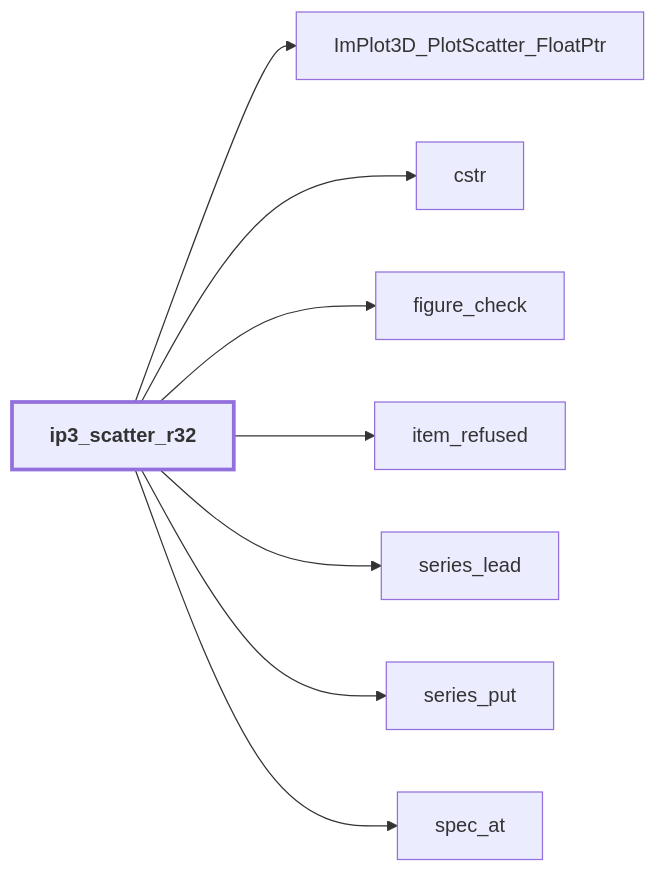
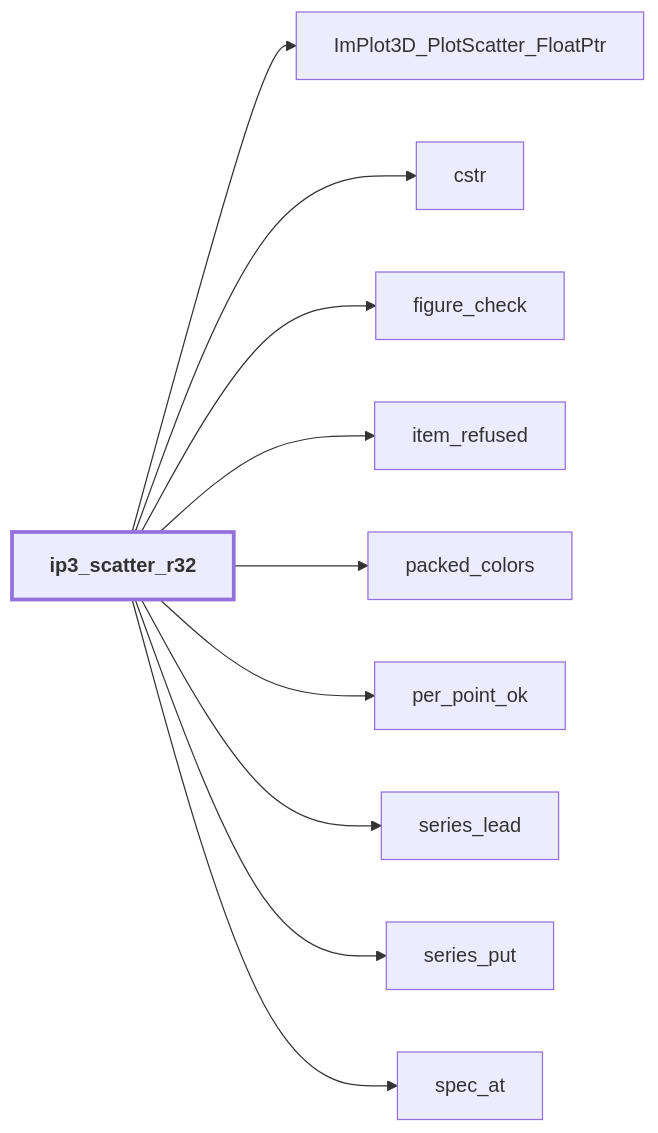
Before and after one commit to szaghi/figure: the fifth of 44 diagrams in docs/api/src/lib/figure_implot3d.md, drawn with Mermaid. The commit also changed other lines of this file and 36 other files, not shown here.

First line of the commit message:
feat(plot3d): colours and sizes per point, axis formats and ticks, ImPlot3D's style by name

````diff
--- a/docs/api/src/lib/figure_implot3d.md
+++ b/docs/api/src/lib/figure_implot3d.md
@@ -348,19 +361,23 @@
 ```mermaid
 flowchart LR
   ip3_scatter_r32["ip3_scatter_r32"] --> ImPlot3D_PlotScatter_FloatPtr["ImPlot3D_PlotScatter_FloatPtr"]
   ip3_scatter_r32["ip3_scatter_r32"] --> cstr["cstr"]
   ip3_scatter_r32["ip3_scatter_r32"] --> figure_check["figure_check"]
   ip3_scatter_r32["ip3_scatter_r32"] --> item_refused["item_refused"]
+  ip3_scatter_r32["ip3_scatter_r32"] --> packed_colors["packed_colors"]
+  ip3_scatter_r32["ip3_scatter_r32"] --> per_point_ok["per_point_ok"]
   ip3_scatter_r32["ip3_scatter_r32"] --> series_lead["series_lead"]
   ip3_scatter_r32["ip3_scatter_r32"] --> series_put["series_put"]
   ip3_scatter_r32["ip3_scatter_r32"] --> spec_at["spec_at"]
   classDef focus stroke-width:3px,font-weight:bold
   class ip3_scatter_r32 focus
   click item_refused href "#item-refused" "item_refused"
+  click per_point_ok href "#per-point-ok" "per_point_ok"
   click series_lead href "figure_implot.html#series-lead" "series_lead"
   click series_put href "figure_implot.html#series-put" "series_put"
+  click spec_at href "#spec-at" "spec_at"
+  click packed_colors href "#packed-colors" "packed_colors"
   click ImPlot3D_PlotScatter_FloatPtr href "figure_cimplot3d.html#implot3d-plotscatter-floatptr" "ImPlot3D_PlotScatter_FloatPtr"
   click cstr href "figure_base.html#cstr" "cstr"
-  click spec_at href "#spec-at" "spec_at"
   click figure_check href "figure_base.html#figure-check" "figure_check"
 ```
````
